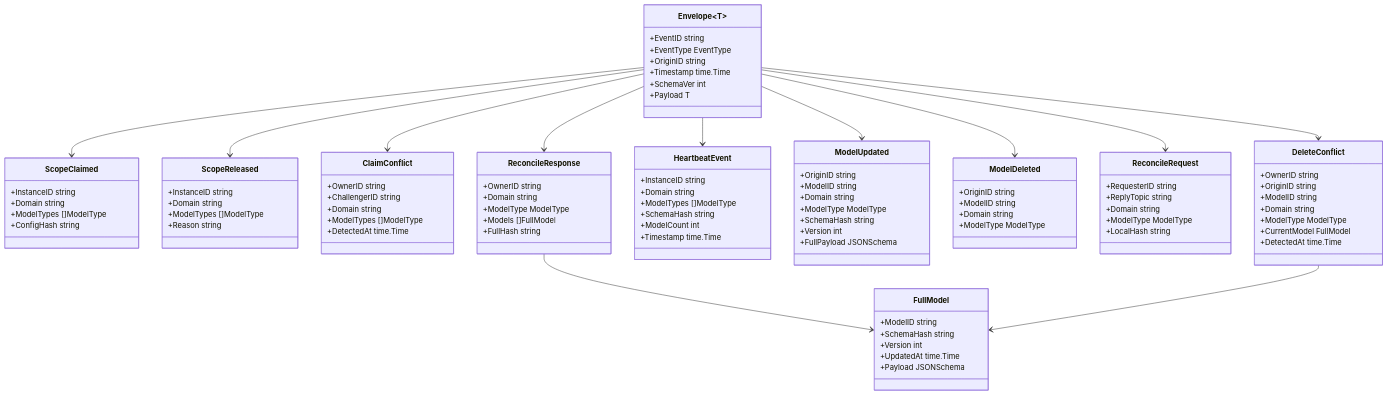
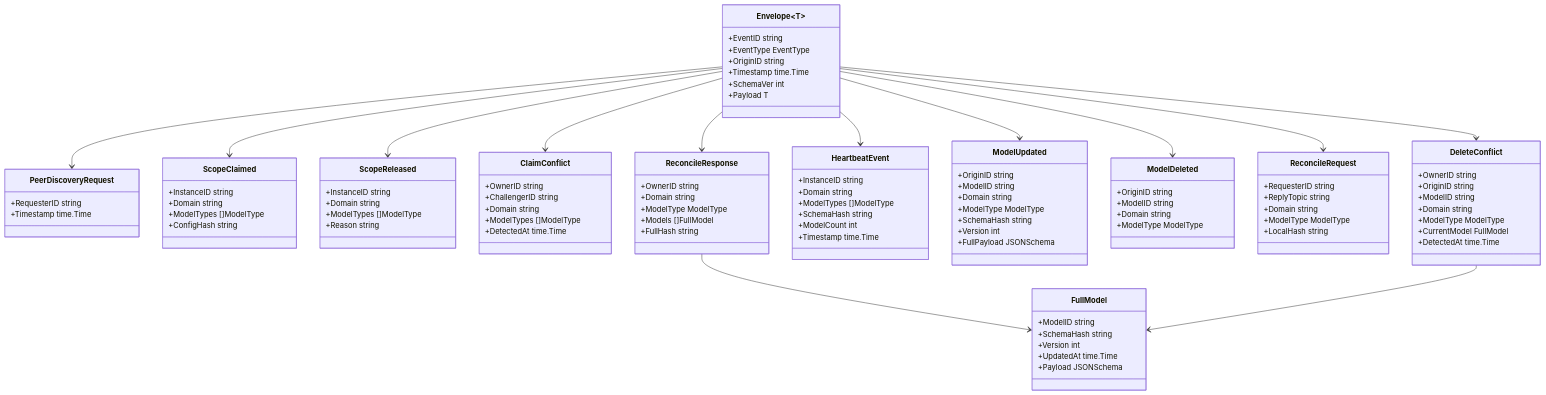
One commit to emirbh/misc changed the ninth of 17 diagrams in data-model-registry/dmr-sync-design.md. Above: the diagram before and after it, drawn with Mermaid. The commit also changed other lines of this file, not shown here.

```diff
--- a/data-model-registry/dmr-sync-design.md
+++ b/data-model-registry/dmr-sync-design.md
@@ -324,6 +409,11 @@
         +Timestamp  time.Time
         +SchemaVer  int
         +Payload    T
+    }
+
+    class PeerDiscoveryRequest {
+        +RequesterID string
+        +Timestamp   time.Time
     }
 
     class ScopeClaimed {
@@ -408,6 +498,7 @@
         +Payload    JSONSchema
     }
 
+    Envelope~T~ --> PeerDiscoveryRequest
     Envelope~T~ --> ScopeClaimed
     Envelope~T~ --> ScopeReleased
     Envelope~T~ --> ClaimConflict
```
